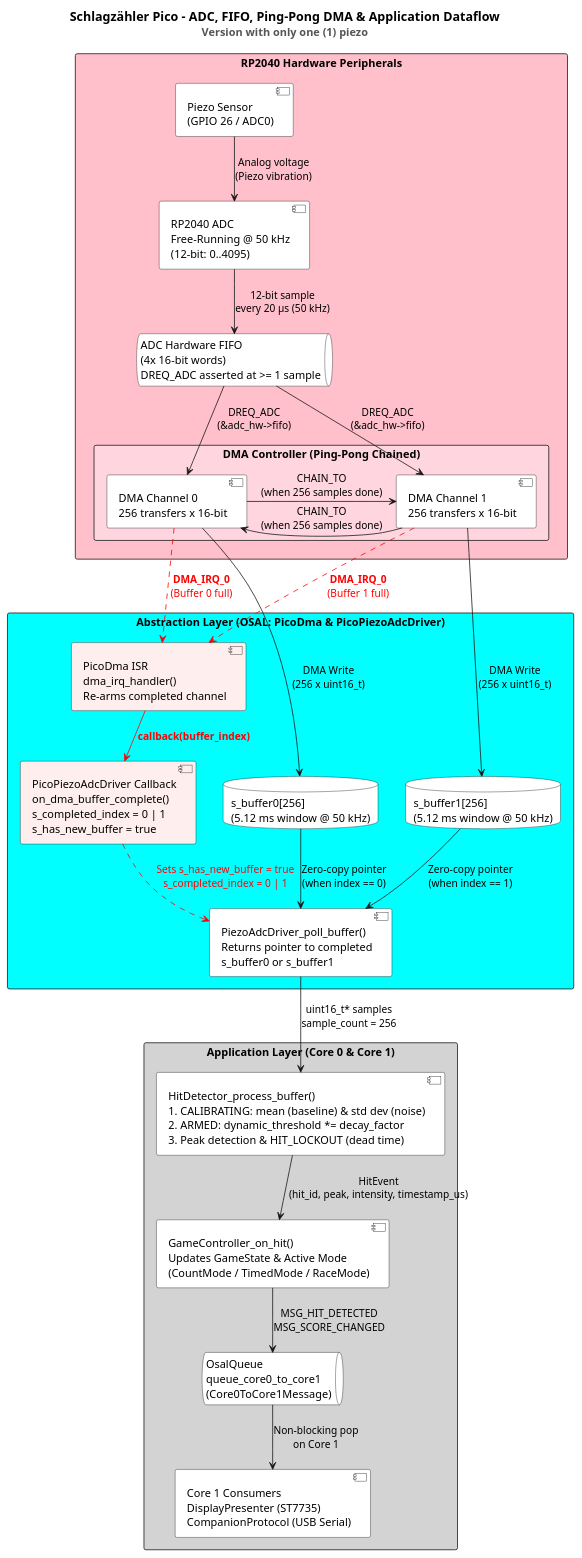
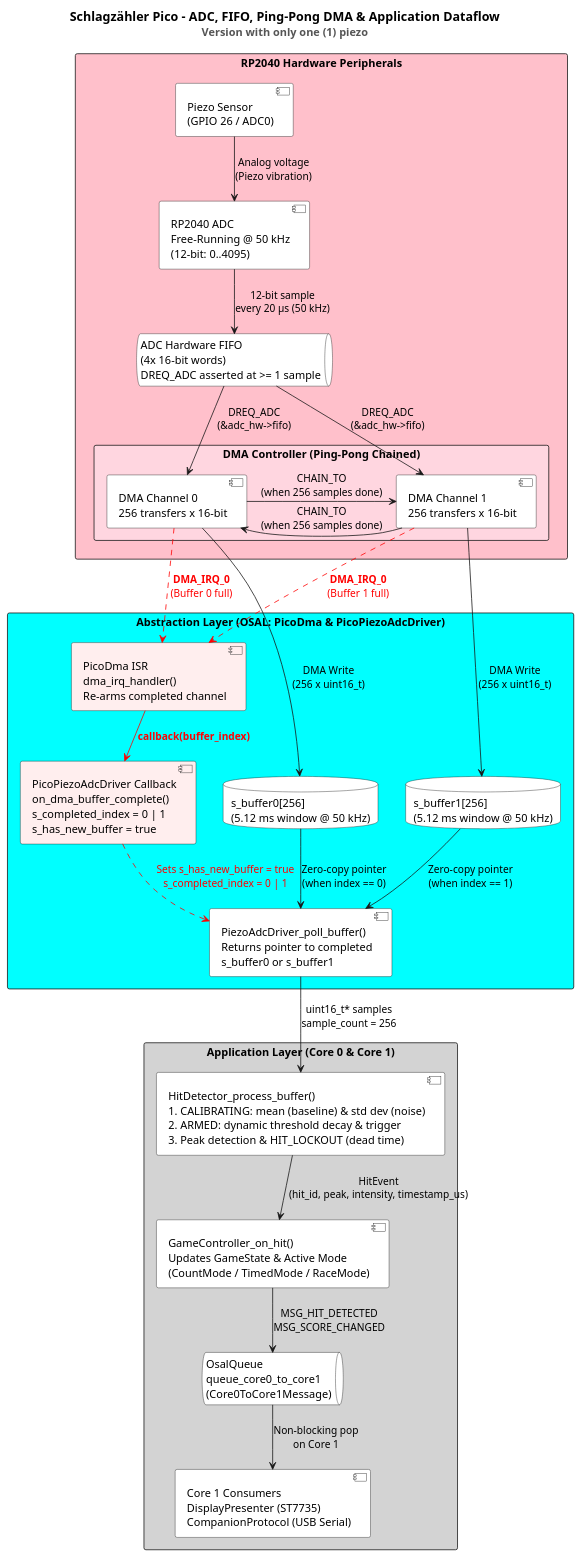
Before and after one commit to rafaelurben/raspberry-pi-pico-schlagzaehler: the diagram in docs/diagrams/dataflow_pico_adc_dma_1_piezo.puml, drawn with PlantUML. The commit also changed 1 other file, not shown here.

Commit message:
refactor(pico): Split HitDetector_process_buffer to make it more readable

```diff
--- a/docs/diagrams/dataflow_pico_adc_dma_1_piezo.puml
+++ b/docs/diagrams/dataflow_pico_adc_dma_1_piezo.puml
@@ -1,84 +1,84 @@
 @startuml
 title
   <size:16><b>Schlagzähler Pico – ADC, FIFO, Ping-Pong DMA & Application Dataflow</b></size>
   <size:14><color:#555555>Version with only one (1) piezo</color></size>
 end title
 
 top to bottom direction
 skinparam shadowing false
 skinparam packageStyle rectangle
 skinparam nodesep 35
 skinparam ranksep 45
 
 ' ============================================================================
 ' 1. HARDWARE PERIPHERALS (RP2040)
 ' ============================================================================
 package "RP2040 Hardware Peripherals" as HwLayer #Pink {
     component "Piezo Sensor\n(GPIO 26 / ADC0)" as Piezo #White
     component "RP2040 ADC\nFree-Running @ 50 kHz\n(12-bit: 0..4095)" as AdcHw #White
     queue "ADC Hardware FIFO\n(4x 16-bit words)\nDREQ_ADC asserted at >= 1 sample" as AdcFifo #White
 
     package "DMA Controller (Ping-Pong Chained)" as DmaHw #FFD6E0 {
         component "DMA Channel 0\n256 transfers x 16-bit" as DmaChan0 #White
         component "DMA Channel 1\n256 transfers x 16-bit" as DmaChan1 #White
     }
 }
 
 ' ============================================================================
 ' 2. ABSTRACTION LAYER (DMA RAM BUFFERS & DRIVER)
 ' ============================================================================
 package "Abstraction Layer (OSAL: PicoDma & PicoPiezoAdcDriver)" as AbsLayer #Cyan {
     database "s_buffer0[256]\n(5.12 ms window @ 50 kHz)" as Buf0 #White
     database "s_buffer1[256]\n(5.12 ms window @ 50 kHz)" as Buf1 #White
 
     component "PicoDma ISR\ndma_irq_handler()\nRe-arms completed channel" as PicoDmaIsr #FFEEEE
     component "PicoPiezoAdcDriver Callback\non_dma_buffer_complete()\ns_completed_index = 0 | 1\ns_has_new_buffer = true" as AdcDriverCb #FFEEEE
     component "PiezoAdcDriver_poll_buffer()\nReturns pointer to completed\ns_buffer0 or s_buffer1" as PollBuffer #White
 }
 
 ' ============================================================================
 ' 3. APPLICATION LAYER (CORE 0 & CORE 1)
 ' ============================================================================
 package "Application Layer (Core 0 & Core 1)" as AppLayer #LightGray {
-    component "HitDetector_process_buffer()\n1. CALIBRATING: mean (baseline) & std dev (noise)\n2. ARMED: dynamic_threshold *= decay_factor\n3. Peak detection & HIT_LOCKOUT (dead time)" as HitDetector #White
+    component "HitDetector_process_buffer()\n1. CALIBRATING: mean (baseline) & std dev (noise)\n2. ARMED: dynamic threshold decay & trigger\n3. Peak detection & HIT_LOCKOUT (dead time)" as HitDetector #White
     component "GameController_on_hit()\nUpdates GameState & Active Mode\n(CountMode / TimedMode / RaceMode)" as GameController #White
     queue "OsalQueue\nqueue_core0_to_core1\n(Core0ToCore1Message)" as InterCoreQueue #White
     component "Core 1 Consumers\nDisplayPresenter (ST7735)\nCompanionProtocol (USB Serial)" as Core1Consumers #White
 }
 
 ' ============================================================================
 ' DATAFLOW CONNECTIONS
 ' ============================================================================
 
 ' Analog to ADC to FIFO
 Piezo -down-> AdcHw : Analog voltage\n(Piezo vibration)
 AdcHw -down-> AdcFifo : 12-bit sample\nevery 20 µs (50 kHz)
 
 ' FIFO to DMA via DREQ_ADC
 AdcFifo -down-> DmaChan0 : DREQ_ADC\n(&adc_hw->fifo)
 AdcFifo -down-> DmaChan1 : DREQ_ADC\n(&adc_hw->fifo)
 
 ' Ping-Pong Chaining between DMA Channel 0 and Channel 1
 DmaChan0 -right-> DmaChan1 : CHAIN_TO\n(when 256 samples done)
 DmaChan1 -left-> DmaChan0 : CHAIN_TO\n(when 256 samples done)
 
 ' DMA writes to RAM buffers
 DmaChan0 -down-> Buf0 : DMA Write\n(256 x uint16_t)
 DmaChan1 -down-> Buf1 : DMA Write\n(256 x uint16_t)
 
 ' Hardware Interrupt Path in RED
 DmaChan0 .[#Red]down.> PicoDmaIsr : <color:Red><b>DMA_IRQ_0</b></color>\n<color:Red>(Buffer 0 full)</color>
 DmaChan1 .[#Red]down.> PicoDmaIsr : <color:Red><b>DMA_IRQ_0</b></color>\n<color:Red>(Buffer 1 full)</color>
 PicoDmaIsr -[#Red]down-> AdcDriverCb : <color:Red><b>callback(buffer_index)</b></color>
 AdcDriverCb .[#Red]down.> PollBuffer : <color:Red>Sets s_has_new_buffer = true</color>\n<color:Red>s_completed_index = 0 | 1</color>
 
 ' Zero-copy buffer pointer handoff to Core 0 loop
 Buf0 -down-> PollBuffer : Zero-copy pointer\n(when index == 0)
 Buf1 -down-> PollBuffer : Zero-copy pointer\n(when index == 1)
 
 PollBuffer -down-> HitDetector : uint16_t* samples\nsample_count = 256
 HitDetector -down-> GameController : HitEvent\n(hit_id, peak, intensity, timestamp_us)
 GameController -down-> InterCoreQueue : MSG_HIT_DETECTED\nMSG_SCORE_CHANGED
 InterCoreQueue -down-> Core1Consumers : Non-blocking pop\non Core 1
 
 @enduml
```
